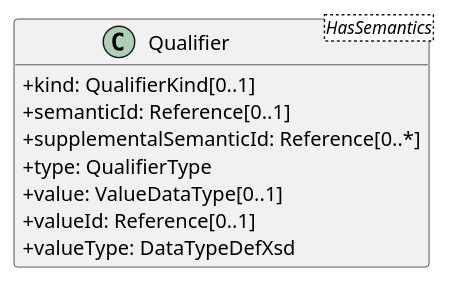
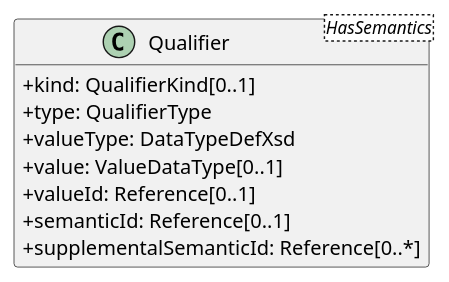
Before and after one commit to zrgt/py2puml: the diagram in output/classes/Qualifier.puml, drawn with PlantUML. The commit also changed other lines of this file and 68 other files, not shown here.

```diff
--- a/output/classes/Qualifier.puml
+++ b/output/classes/Qualifier.puml
@@ -1,14 +1,14 @@
 @startuml
 skinparam classAttributeIconSize 0
 hide methods
 
 class Qualifier<HasSemantics> {
   +kind: QualifierKind[0..1] 
+  +type: QualifierType 
+  +valueType: DataTypeDefXsd 
+  +value: ValueDataType[0..1] 
+  +valueId: Reference[0..1] 
   +semanticId: Reference[0..1] 
   +supplementalSemanticId: Reference[0..*] 
-  +type: QualifierType 
-  +value: ValueDataType[0..1] 
-  +valueId: Reference[0..1] 
-  +valueType: DataTypeDefXsd 
 }
 @enduml
```
